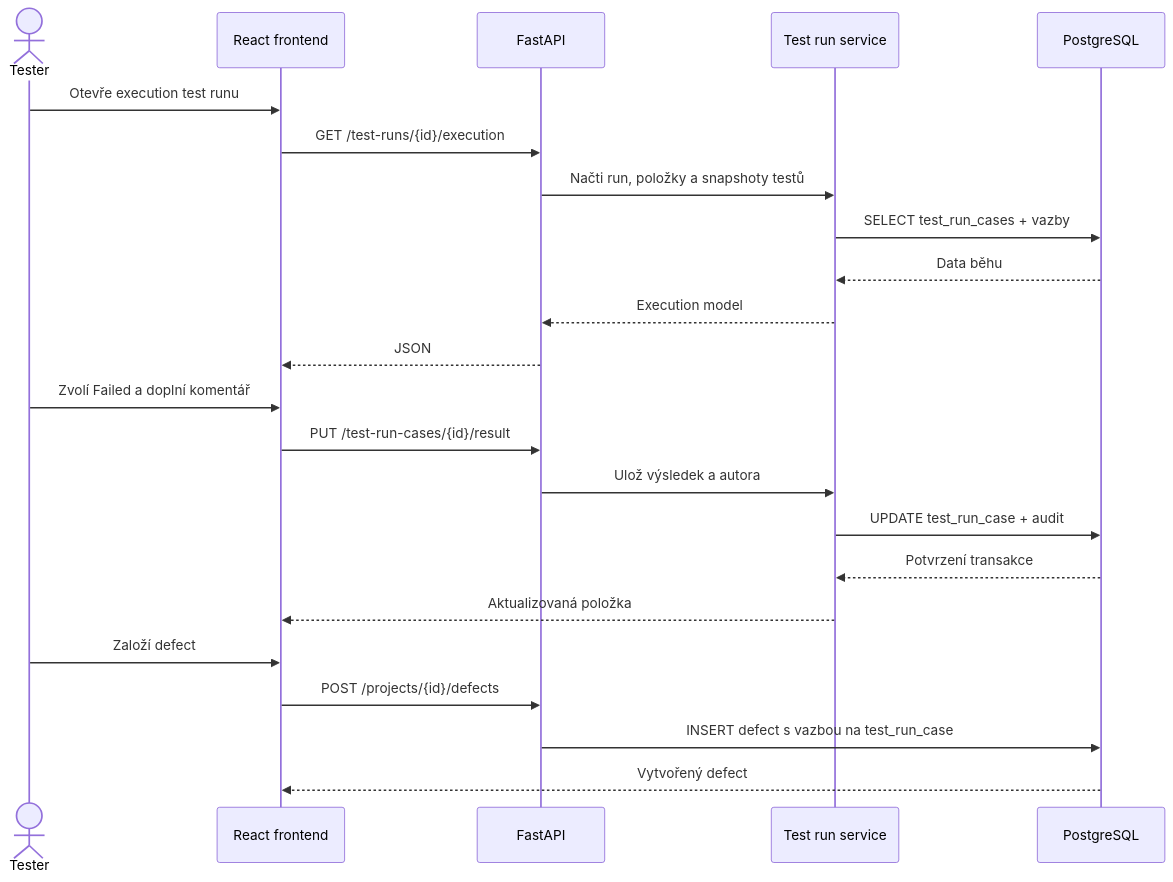
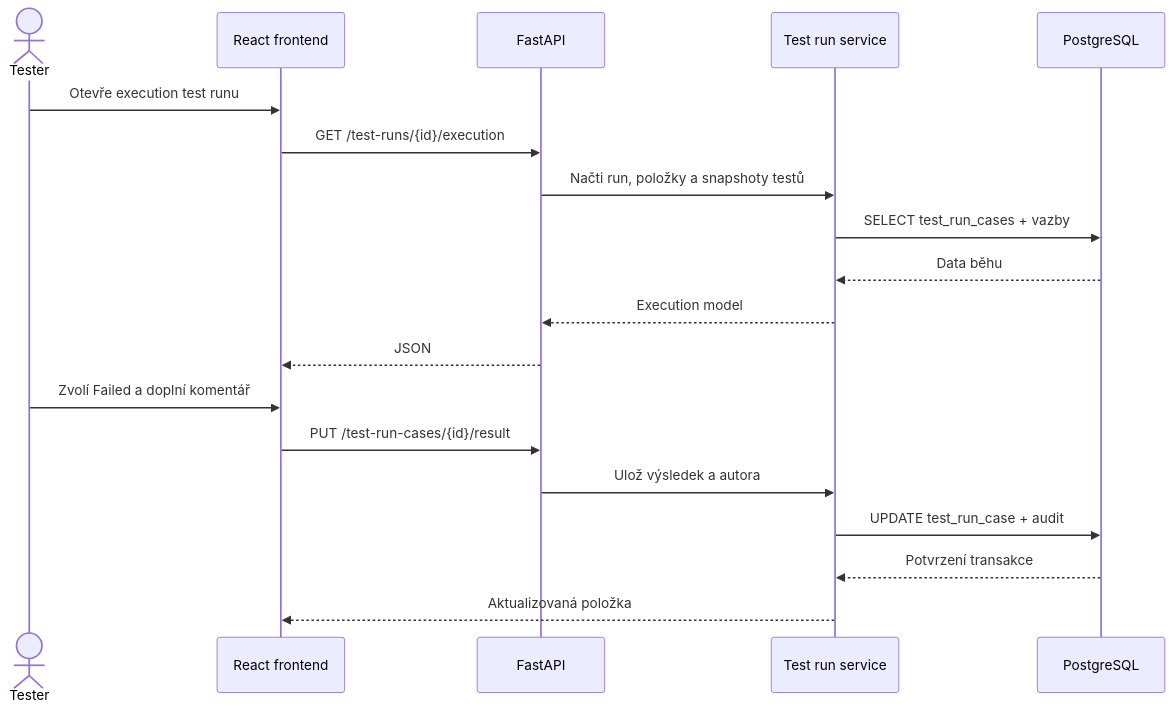
The fifth of 6 diagrams in docs/zadani-a-architektura.md (zW-iwnl/LOL), drawn with Mermaid before and after one commit. The commit also changed other lines of this file and 182 other files, not shown here.

````diff
--- a/docs/zadani-a-architektura.md
+++ b/docs/zadani-a-architektura.md
@@ -207,28 +179,24 @@
 ```mermaid
 sequenceDiagram
     actor Tester
     participant UI as React frontend
     participant API as FastAPI
     participant Service as Test run service
     participant DB as PostgreSQL
 
     Tester->>UI: Otevře execution test runu
     UI->>API: GET /test-runs/{id}/execution
     API->>Service: Načti run, položky a snapshoty testů
     Service->>DB: SELECT test_run_cases + vazby
     DB-->>Service: Data běhu
     Service-->>API: Execution model
     API-->>UI: JSON
 
     Tester->>UI: Zvolí Failed a doplní komentář
     UI->>API: PUT /test-run-cases/{id}/result
     API->>Service: Ulož výsledek a autora
     Service->>DB: UPDATE test_run_case + audit
     DB-->>Service: Potvrzení transakce
     Service-->>UI: Aktualizovaná položka
 
-    Tester->>UI: Založí defect
-    UI->>API: POST /projects/{id}/defects
-    API->>DB: INSERT defect s vazbou na test_run_case
-    DB-->>UI: Vytvořený defect
 ```
````
